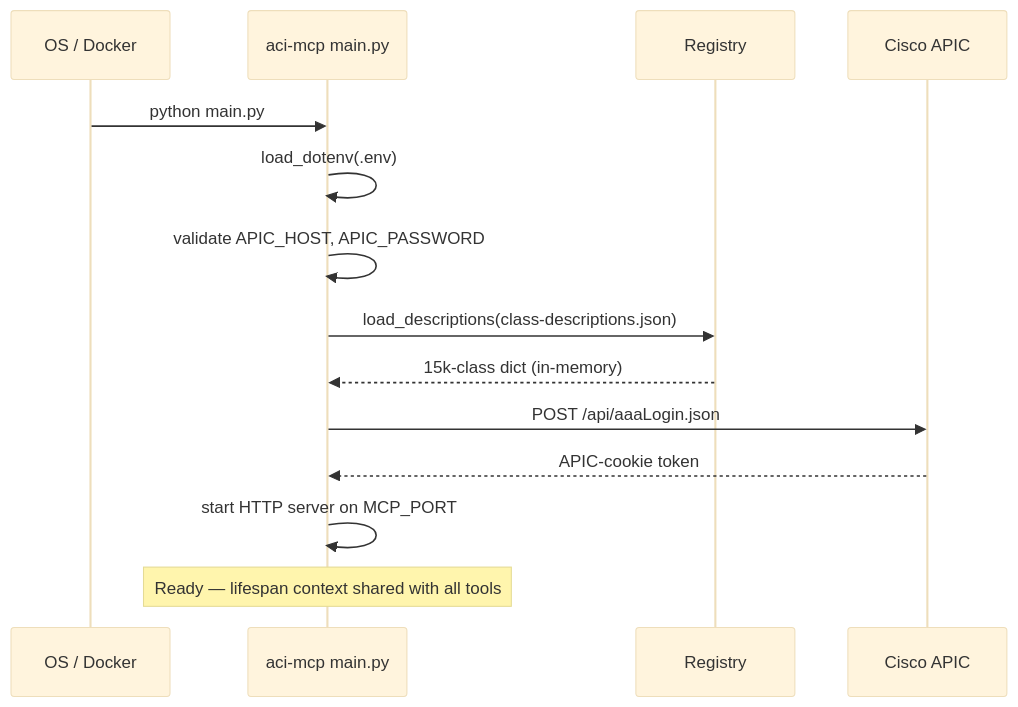
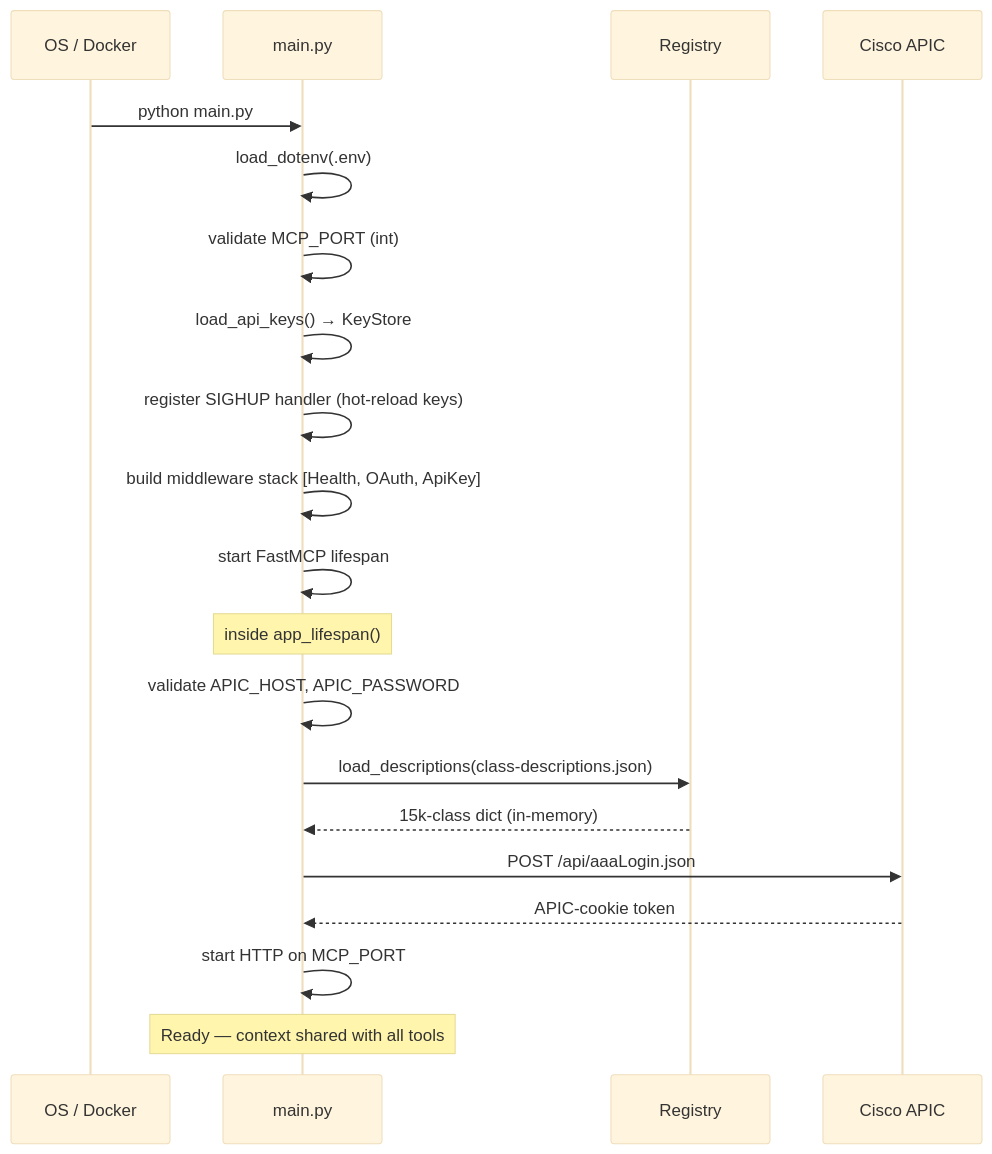
Before and after one commit to k3l0-dev/aci-mcp: the third of 3 diagrams in docs/architecture/overview.md, drawn with Mermaid (base theme). The commit also changed other lines of this file and 16 other files, not shown here.

````diff
--- a/docs/architecture/overview.md
+++ b/docs/architecture/overview.md
@@ -102,17 +121,24 @@
 ```mermaid
 sequenceDiagram
     participant OS as OS / Docker
-    participant server as aci-mcp main.py
+    participant server as main.py
     participant registry as Registry
     participant apic as Cisco APIC
 
     OS->>server: python main.py
     server->>server: load_dotenv(.env)
+    server->>server: validate MCP_PORT (int)
+    server->>server: load_api_keys() → KeyStore
+    server->>server: register SIGHUP handler (hot-reload keys)
+    server->>server: build middleware stack [Health, OAuth, ApiKey]
+    server->>server: start FastMCP lifespan
+
+    Note over server: inside app_lifespan()
     server->>server: validate APIC_HOST, APIC_PASSWORD
     server->>registry: load_descriptions(class-descriptions.json)
     registry-->>server: 15k-class dict (in-memory)
     server->>apic: POST /api/aaaLogin.json
     apic-->>server: APIC-cookie token
-    server->>server: start HTTP server on MCP_PORT
-    Note over server: Ready — lifespan context shared with all tools
+    server->>server: start HTTP on MCP_PORT
+    Note over server: Ready — context shared with all tools
 ```
````
